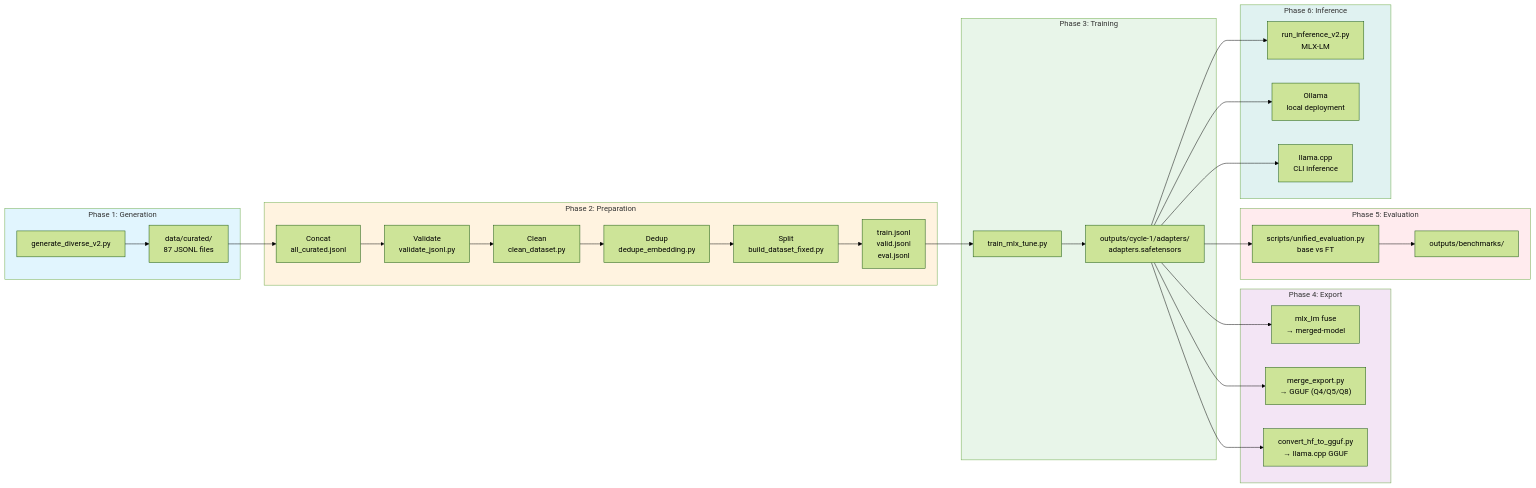
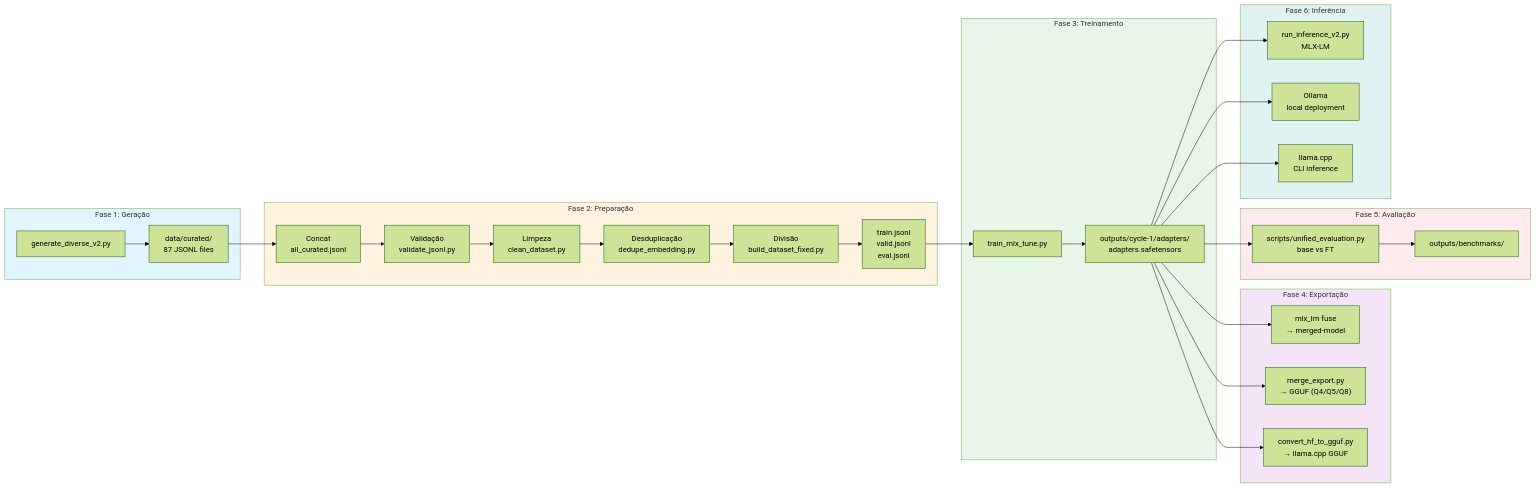
The diagram in README.md (otavio-lemos/olia-2-oci), drawn with Mermaid (forest theme) before and after one commit. The commit also changed other lines of this file and 1 other file, not shown here.

Commit message:
docs: overhaul READMEs with updated architecture diagrams, feature lists, and dataset statistics

````diff
--- a/README.md
+++ b/README.md
@@ -19,45 +21,45 @@
 ```mermaid
 flowchart LR
-    subgraph GENERATION["Phase 1: Generation"]
+    subgraph GENERATION["Fase 1: Geração"]
         A["generate_diverse_v2.py"]
         A --> B["data/curated/<br/>87 JSONL files"]
     end
 
-    subgraph PREPARATION["Phase 2: Preparation"]
+    subgraph PREPARATION["Fase 2: Preparação"]
         B --> C1["Concat<br/>all_curated.jsonl"]
-        C1 --> C2["Validate<br/>validate_jsonl.py"]
-        C2 --> C3["Clean<br/>clean_dataset.py"]
-        C3 --> C4["Dedup<br/>dedupe_embedding.py"]
-        C4 --> C5["Split<br/>build_dataset_fixed.py"]
+        C1 --> C2["Validação<br/>validate_jsonl.py"]
+        C2 --> C3["Limpeza<br/>clean_dataset.py"]
+        C3 --> C4["Desduplicação<br/>dedupe_embedding.py"]
+        C4 --> C5["Divisão<br/>build_dataset_fixed.py"]
         C5 --> D["train.jsonl<br/>valid.jsonl<br/>eval.jsonl"]
     end
 
-    subgraph TRAINING["Phase 3: Training"]
+    subgraph TRAINING["Fase 3: Treinamento"]
         D --> E["train_mlx_tune.py"]
         E --> F["outputs/cycle-1/adapters/<br/>adapters.safetensors"]
     end
 
-    subgraph EXPORT["Phase 4: Export"]
+    subgraph EXPORT["Fase 4: Exportação"]
         F --> G1["mlx_lm fuse<br/>→ merged-model"]
         F --> G2["merge_export.py<br/>→ GGUF (Q4/Q5/Q8)"]
         F --> G3["convert_hf_to_gguf.py<br/>→ llama.cpp GGUF"]
     end
 
-    subgraph EVALUATION["Phase 5: Evaluation"]
+    subgraph EVALUATION["Fase 5: Avaliação"]
         F --> H["scripts/unified_evaluation.py<br/>base vs FT"]
         H --> I["outputs/benchmarks/"]
     end
 
-    subgraph INFERENCE["Phase 6: Inference"]
+    subgraph INFERENCE["Fase 6: Inferência"]
         F --> J1["run_inference_v2.py<br/>MLX-LM"]
         F --> J2["Ollama<br/>local deployment"]
         F --> J3["llama.cpp<br/>CLI inference"]
     end
 
     style GENERATION fill:#e1f5fe
     style PREPARATION fill:#fff3e0
     style TRAINING fill:#e8f5e9
     style EXPORT fill:#f3e5f5
     style EVALUATION fill:#ffebee
     style INFERENCE fill:#e0f2f1
 ```
````
